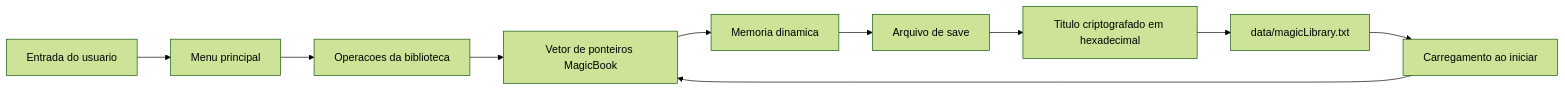
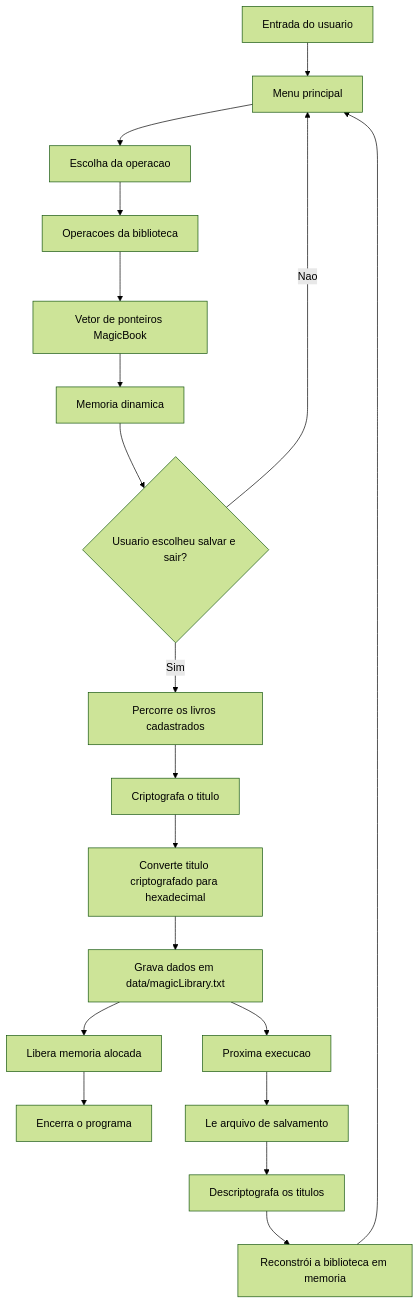
Before and after one commit to Euosaullo/mini-projeto-ip-magic-library: the diagram in README.md, drawn with Mermaid (forest theme).

Commit message:
Update data flow diagram in README.md

````diff
--- a/README.md
+++ b/README.md
@@ -273,12 +273,24 @@
 ```mermaid
-flowchart LR
+flowchart TD
     A["Entrada do usuario"] --> B["Menu principal"]
-    B --> C["Operacoes da biblioteca"]
-    C --> D["Vetor de ponteiros MagicBook"]
-    D --> E["Memoria dinamica"]
-    E --> F["Arquivo de save"]
-    F --> G["Titulo criptografado em hexadecimal"]
-    G --> H["data/magicLibrary.txt"]
-    H --> I["Carregamento ao iniciar"]
-    I --> D
+    B --> C["Escolha da operacao"]
+    C --> D["Operacoes da biblioteca"]
+    D --> E["Vetor de ponteiros MagicBook"]
+    E --> F["Memoria dinamica"]
+
+    F --> G{"Usuario escolheu salvar e sair?"}
+
+    G -- "Nao" --> B
+    G -- "Sim" --> H["Percorre os livros cadastrados"]
+    H --> I["Criptografa o titulo"]
+    I --> J["Converte titulo criptografado para hexadecimal"]
+    J --> K["Grava dados em data/magicLibrary.txt"]
+    K --> L["Libera memoria alocada"]
+    L --> M["Encerra o programa"]
+
+    K --> N["Proxima execucao"]
+    N --> O["Le arquivo de salvamento"]
+    O --> P["Descriptografa os titulos"]
+    P --> Q["Reconstrói a biblioteca em memoria"]
+    Q --> B
 ```
````
